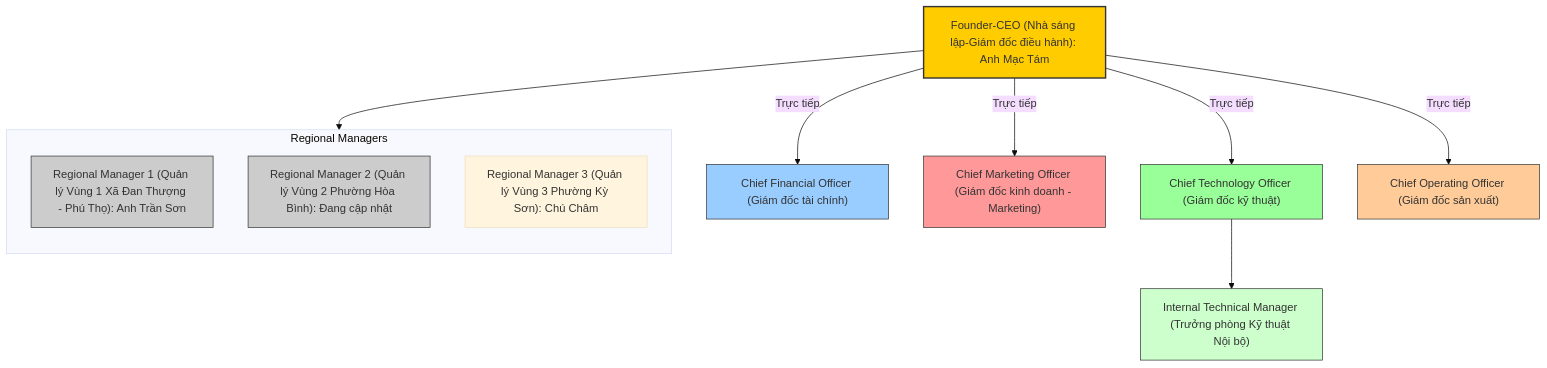
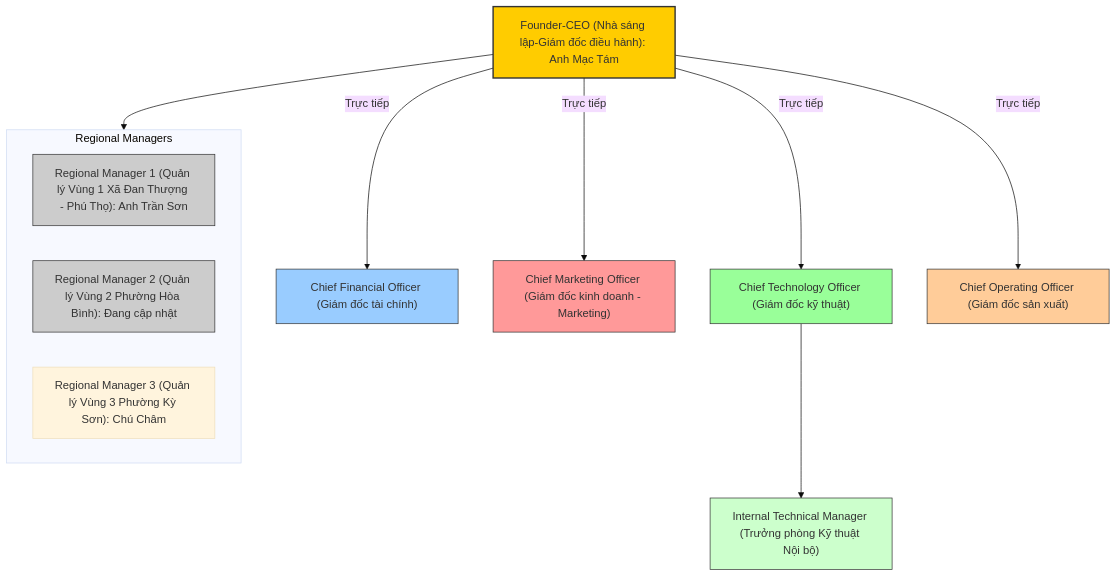
One commit to trethanhphat/gioi-thieu changed the diagram in organizational-chart.md. Above: the diagram before and after it, drawn with Mermaid (base theme).

````diff
--- a/organizational-chart.md
+++ b/organizational-chart.md
@@ -3,30 +3,30 @@
 ```mermaid
 flowchart TD
 CEO["Founder-CEO (Nhà sáng lập-Giám đốc điều hành): Anh Mạc Tám"]
     CEO --> |"Trực tiếp"| CFO["Chief Financial Officer (Giám đốc tài chính)"]
     CEO --> |"Trực tiếp"| CMO["Chief Marketing Officer (Giám đốc kinh doanh - Marketing)"]
     CEO --> |"Trực tiếp"| CTO["Chief Technology Officer (Giám đốc kỹ thuật)"]
     CEO --> |"Trực tiếp"| COO["Chief Operating Officer (Giám đốc sản xuất)"]
     %% Gom nhóm quản lý vùng
     subgraph REG["Regional Managers"]
-        direction TD
+        direction LR
         RM1["Regional Manager 1 (Quản lý Vùng 1 Xã Đan Thượng - Phú Thọ): Anh Trần Sơn"]
         RM2["Regional Manager 2 (Quản lý Vùng 2 Phường Hòa Bình): Đang cập nhật"]
         RM3["Regional Manager 3 (Quản lý Vùng 3 Phường Kỳ Sơn): Chú Châm"]
     end
     CEO --> REG
 
     CTO --> ITM["Internal Technical Manager (Trưởng phòng Kỹ thuật Nội bộ)"]
 
 %% 🎨 Màu sắc
     style CEO fill:#ffcc00,stroke:#333,stroke-width:2px
     style CFO fill:#99ccff,stroke:#333,stroke-width:1px
     style CMO fill:#ff9999,stroke:#333,stroke-width:1px
     style CTO fill:#99ff99,stroke:#333,stroke-width:1px
     style COO fill:#ffcc99,stroke:#333,stroke-width:1px
     style RM1 fill:#cccccc,stroke:#333,stroke-width:1px
     style RM2 fill:#cccccc,stroke:#333,stroke-width:1px
     style ITM fill:#ccffcc,stroke:#333,stroke-width:1px
 
 
 ```
````
